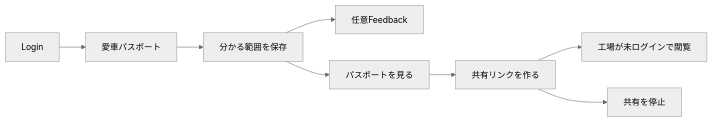
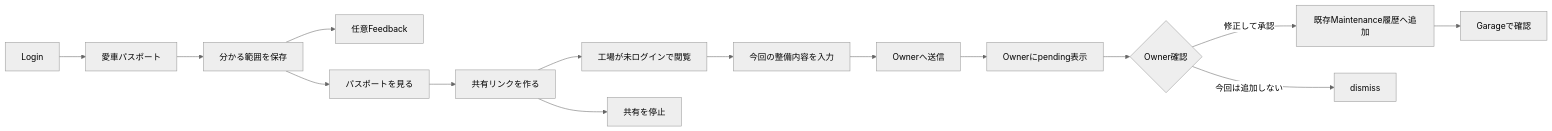
The second of 7 diagrams in docs/ux/USER_FLOWS.md (noah1976/mechori), drawn with Mermaid (neutral theme) before and after one commit. The commit also changed other lines of this file and 21 other files, not shown here.

````diff
--- a/docs/ux/USER_FLOWS.md
+++ b/docs/ux/USER_FLOWS.md
@@ -37,10 +37,17 @@
 ```mermaid
 flowchart LR
   A[Login] --> B[愛車パスポート]
   B --> C[分かる範囲を保存]
   C --> D[任意Feedback]
   C --> E[パスポートを見る]
   E --> F[共有リンクを作る]
   F --> G[工場が未ログインで閲覧]
+  G --> I[今回の整備内容を入力]
+  I --> J[Ownerへ送信]
+  J --> K[Ownerにpending表示]
+  K --> L{Owner確認}
+  L -->|修正して承認| M[既存Maintenance履歴へ追加]
+  L -->|今回は追加しない| N[dismiss]
+  M --> O[Garageで確認]
   F --> H[共有を停止]
 ```
````
